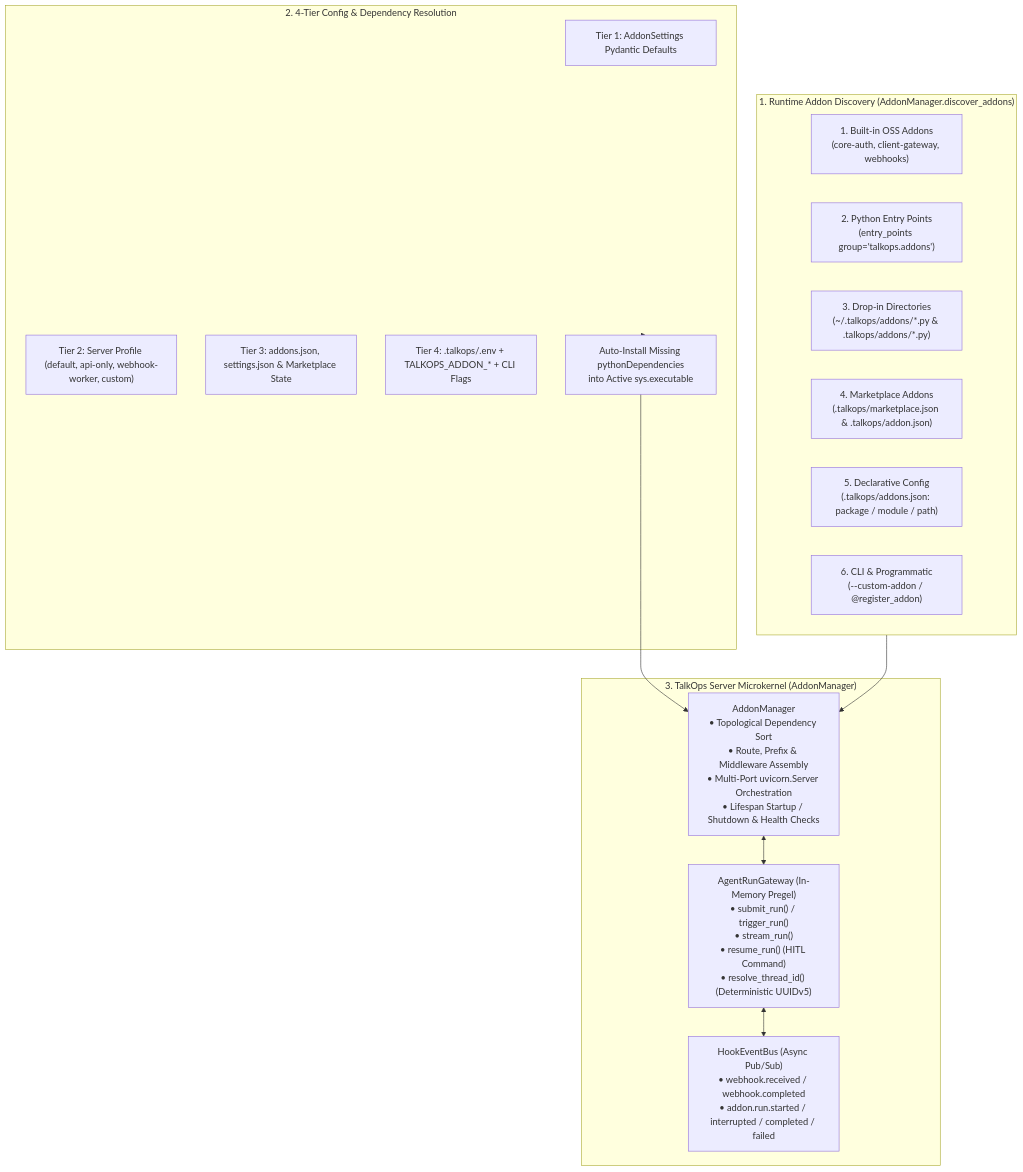
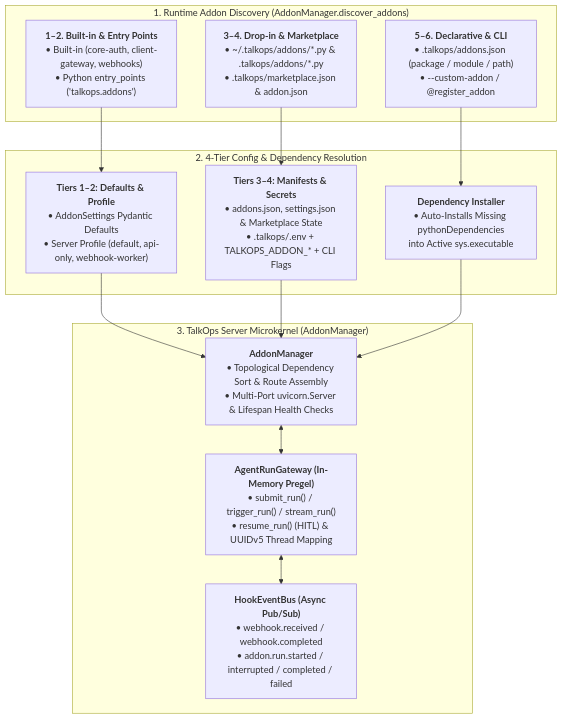
One commit to talkops-ai/talkops changed the diagram in docs/talkops-docs/developer-guide/server_addon_developer_guide.md. Above: the diagram before and after it, drawn with Mermaid. The commit also changed 24 other files, not shown here.

````diff
--- a/docs/talkops-docs/developer-guide/server_addon_developer_guide.md
+++ b/docs/talkops-docs/developer-guide/server_addon_developer_guide.md
@@ -25,30 +25,27 @@
 ```mermaid
 flowchart TB
     subgraph Discovery["1. Runtime Addon Discovery (AddonManager.discover_addons)"]
-        D1["1. Built-in OSS Addons\n(core-auth, client-gateway, webhooks)"]
-        D2["2. Python Entry Points\n(entry_points group='talkops.addons')"]
-        D3["3. Drop-in Directories\n(~/.talkops/addons/*.py & .talkops/addons/*.py)"]
-        D4["4. Marketplace Addons\n(.talkops/marketplace.json & .talkops/addon.json)"]
-        D5["5. Declarative Config\n(.talkops/addons.json: package / module / path)"]
-        D6["6. CLI & Programmatic\n(--custom-addon / @register_addon)"]
+        D1["<b>1–2. Built-in &amp; Entry Points</b><br/>• Built-in (core-auth, client-gateway, webhooks)<br/>• Python entry_points ('talkops.addons')"]
+        D2["<b>3–4. Drop-in &amp; Marketplace</b><br/>• ~/.talkops/addons/*.py &amp; .talkops/addons/*.py<br/>• .talkops/marketplace.json &amp; addon.json"]
+        D3["<b>5–6. Declarative &amp; CLI</b><br/>• .talkops/addons.json (package / module / path)<br/>• --custom-addon / @register_addon"]
     end
 
-    subgraph Config["2. 4-Tier Config & Dependency Resolution"]
-        C1["Tier 1: AddonSettings Pydantic Defaults"]
-        C2["Tier 2: Server Profile (default, api-only, webhook-worker, custom)"]
-        C3["Tier 3: addons.json, settings.json & Marketplace State"]
-        C4["Tier 4: .talkops/.env + TALKOPS_ADDON_* + CLI Flags"]
-        DEP["Auto-Install Missing pythonDependencies\ninto Active sys.executable"]
+    subgraph Config["2. 4-Tier Config &amp; Dependency Resolution"]
+        C1["<b>Tiers 1–2: Defaults &amp; Profile</b><br/>• AddonSettings Pydantic Defaults<br/>• Server Profile (default, api-only, webhook-worker)"]
+        C2["<b>Tiers 3–4: Manifests &amp; Secrets</b><br/>• addons.json, settings.json &amp; Marketplace State<br/>• .talkops/.env + TALKOPS_ADDON_* + CLI Flags"]
+        DEP["<b>Dependency Installer</b><br/>• Auto-Installs Missing pythonDependencies<br/>into Active sys.executable"]
     end
 
     subgraph Kernel["3. TalkOps Server Microkernel (AddonManager)"]
-        AM["AddonManager\n• Topological Dependency Sort\n• Route, Prefix & Middleware Assembly\n• Multi-Port uvicorn.Server Orchestration\n• Lifespan Startup / Shutdown & Health Checks"]
-        GW["AgentRunGateway (In-Memory Pregel)\n• submit_run() / trigger_run()\n• stream_run()\n• resume_run() (HITL Command)\n• resolve_thread_id() (Deterministic UUIDv5)"]
-        EB["HookEventBus (Async Pub/Sub)\n• webhook.received / webhook.completed\n• addon.run.started / interrupted / completed / failed"]
+        AM["<b>AddonManager</b><br/>• Topological Dependency Sort &amp; Route Assembly<br/>• Multi-Port uvicorn.Server &amp; Lifespan Health Checks"]
+        GW["<b>AgentRunGateway (In-Memory Pregel)</b><br/>• submit_run() / trigger_run() / stream_run()<br/>• resume_run() (HITL) &amp; UUIDv5 Thread Mapping"]
+        EB["<b>HookEventBus (Async Pub/Sub)</b><br/>• webhook.received / webhook.completed<br/>• addon.run.started / interrupted / completed / failed"]
     end
 
-    Discovery --> AM
-    Config --> DEP --> AM
+    D1 --> C1
+    D2 --> C2
+    D3 --> DEP
+    C1 & C2 & DEP --> AM
     AM <--> GW
     GW <--> EB
 ```
````
